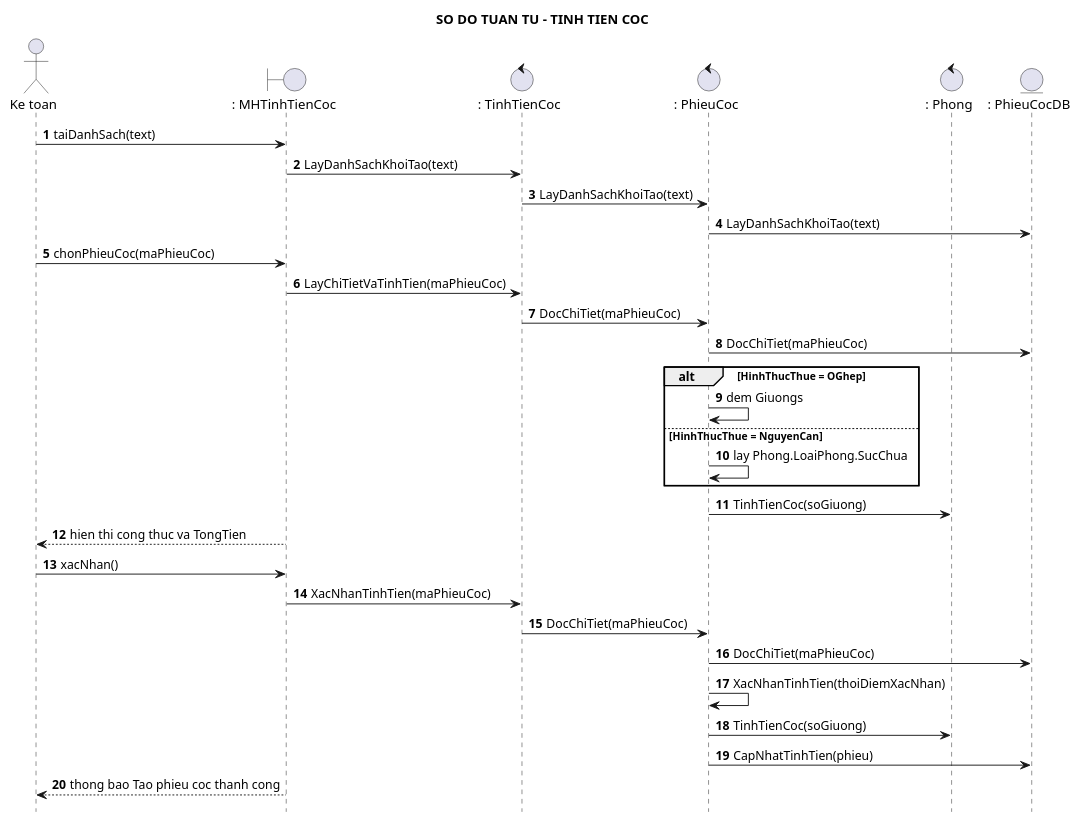
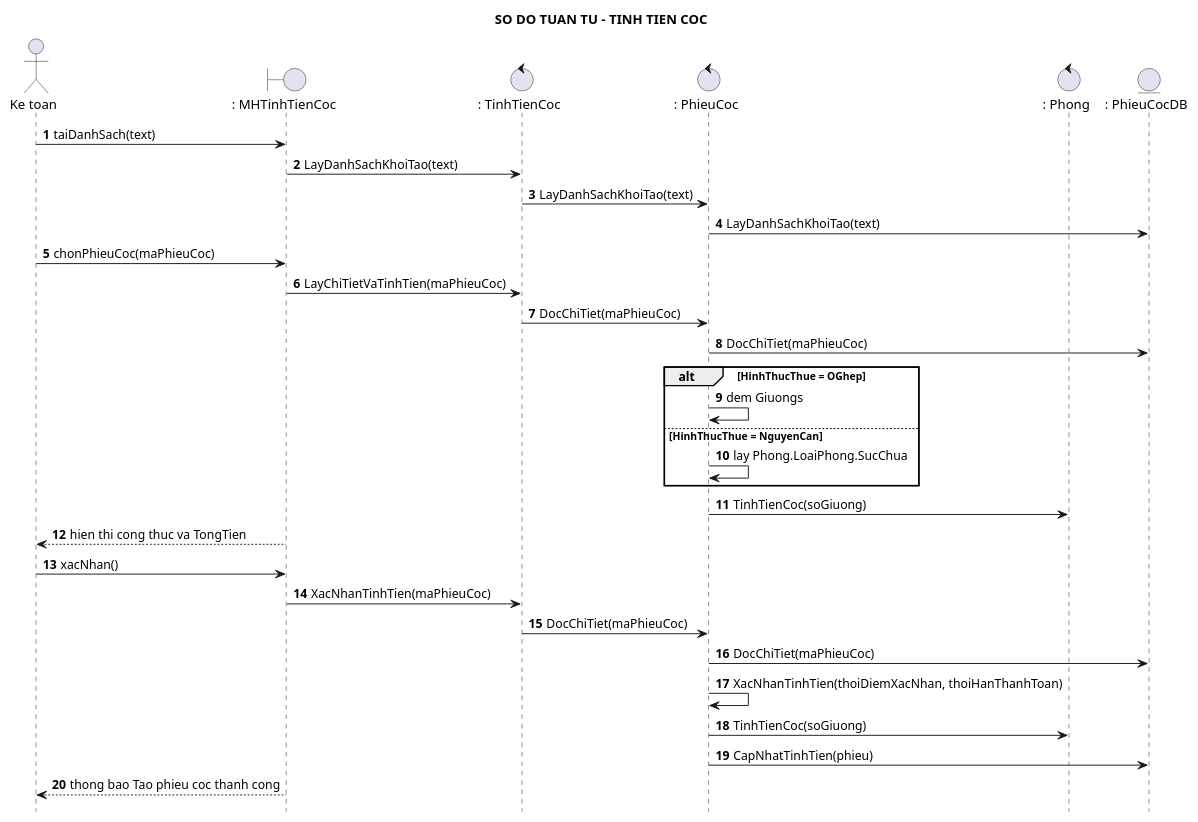
The diagram in docs/uml/tinh-tien-coc-sequence.puml (Ming1309/HomeStay-Dorm), drawn with PlantUML before and after one commit. The commit also changed 33 other files, not shown here.

```diff
--- a/docs/uml/tinh-tien-coc-sequence.puml
+++ b/docs/uml/tinh-tien-coc-sequence.puml
@@ -1,41 +1,41 @@
 @startuml
 title SO DO TUAN TU - TINH TIEN COC
 
 hide footbox
 autonumber 1 1
 skinparam shadowing false
 
 actor "Ke toan" as KT
 boundary ": MHTinhTienCoc" as MH
 control ": TinhTienCoc" as TTC
 control ": PhieuCoc" as PC
 control ": Phong" as P
 entity ": PhieuCocDB" as PCDB
 
 KT -> MH : taiDanhSach(text)
 MH -> TTC : LayDanhSachKhoiTao(text)
 TTC -> PC : LayDanhSachKhoiTao(text)
 PC -> PCDB : LayDanhSachKhoiTao(text)
 
 KT -> MH : chonPhieuCoc(maPhieuCoc)
 MH -> TTC : LayChiTietVaTinhTien(maPhieuCoc)
 TTC -> PC : DocChiTiet(maPhieuCoc)
 PC -> PCDB : DocChiTiet(maPhieuCoc)
 alt HinhThucThue = OGhep
   PC -> PC : dem Giuongs
 else HinhThucThue = NguyenCan
   PC -> PC : lay Phong.LoaiPhong.SucChua
 end
 PC -> P : TinhTienCoc(soGiuong)
 MH --> KT : hien thi cong thuc va TongTien
 
 KT -> MH : xacNhan()
 MH -> TTC : XacNhanTinhTien(maPhieuCoc)
 TTC -> PC : DocChiTiet(maPhieuCoc)
 PC -> PCDB : DocChiTiet(maPhieuCoc)
-PC -> PC : XacNhanTinhTien(thoiDiemXacNhan)
+PC -> PC : XacNhanTinhTien(thoiDiemXacNhan, thoiHanThanhToan)
 PC -> P : TinhTienCoc(soGiuong)
 PC -> PCDB : CapNhatTinhTien(phieu)
 MH --> KT : thong bao Tao phieu coc thanh cong
 
 @enduml
```
